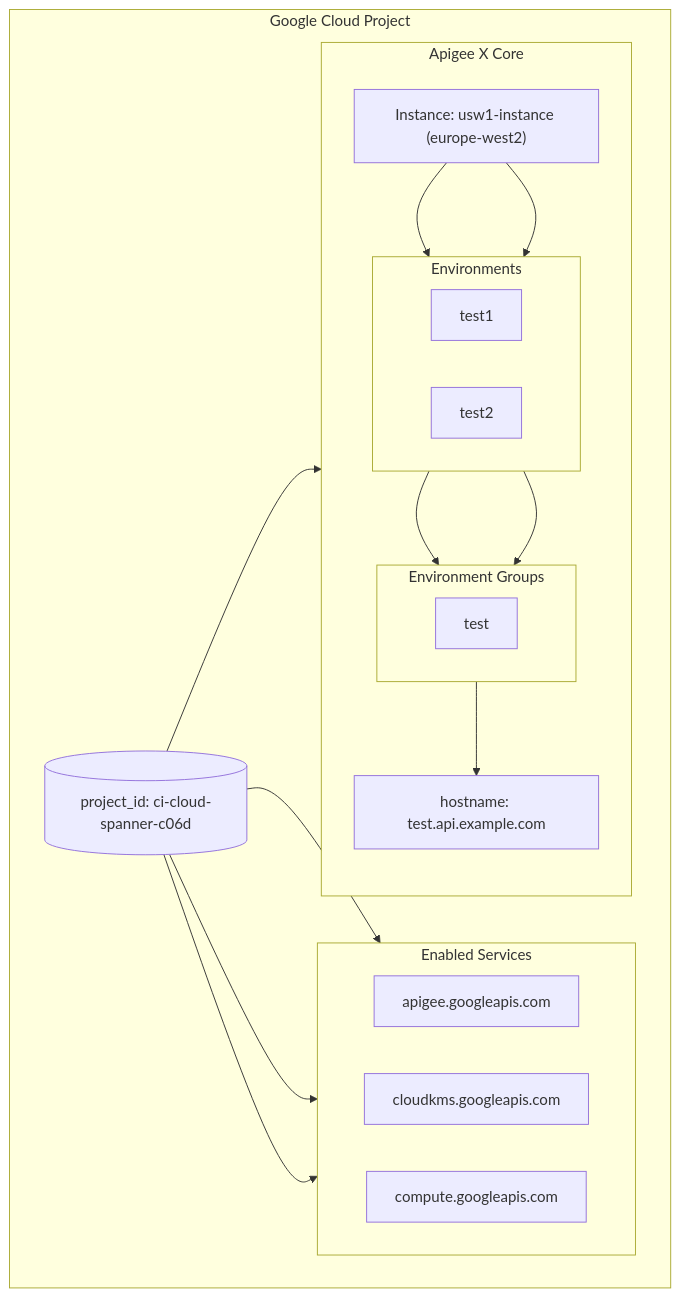
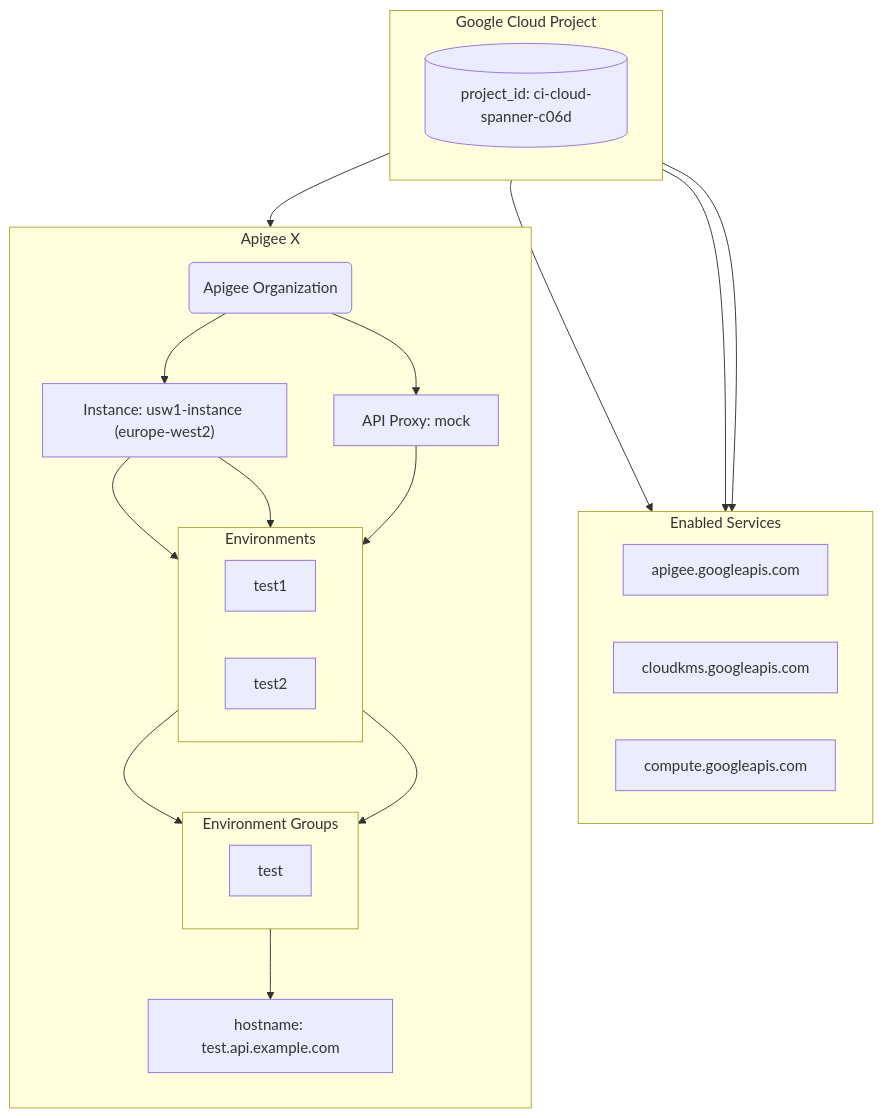
One commit to anaik91/apigee-networking-sme changed the diagram in 0_pre_run/README.md. Above: the diagram before and after it, drawn with Mermaid.

Commit message:
updated pre run readme

````diff
--- a/0_pre_run/README.md
+++ b/0_pre_run/README.md
@@ -47,37 +47,44 @@
 ```mermaid
 graph TD
     subgraph "Google Cloud Project"
         direction LR
         GCP_PROJECT[("project_id: ci-cloud-spanner-c06d")]
-        subgraph "Enabled Services"
+    end
+
+    subgraph "Enabled Services"
+        direction LR
+        SERVICE1[apigee.googleapis.com]
+        SERVICE2[cloudkms.googleapis.com]
+        SERVICE3[compute.googleapis.com]
+    end
+
+    subgraph "Apigee X"
+        direction TB
+        APIGEE_ORG("Apigee Organization")
+        APIGEE_INSTANCE["Instance: usw1-instance (europe-west2)"]
+        subgraph "Environments"
             direction LR
-            SERVICE1[apigee.googleapis.com]
-            SERVICE2[cloudkms.googleapis.com]
-            SERVICE3[compute.googleapis.com]
+            ENV1["test1"]
+            ENV2["test2"]
         end
-        subgraph "Apigee X Core"
-            direction TB
-            APIGEE_INSTANCE["Instance: usw1-instance (europe-west2)"]
-            subgraph "Environments"
-                direction LR
-                ENV1["test1"]
-                ENV2["test2"]
-            end
-            subgraph "Environment Groups"
-                direction LR
-                ENV_GROUP["test"]
-            end
-            HOSTNAME["hostname: test.api.example.com"]
+        subgraph "Environment Groups"
+            direction LR
+            ENV_GROUP["test"]
         end
+        HOSTNAME["hostname: test.api.example.com"]
+        API_PROXY["API Proxy: mock"]
     end
 
     GCP_PROJECT --> SERVICE1
     GCP_PROJECT --> SERVICE2
     GCP_PROJECT --> SERVICE3
-    GCP_PROJECT --> APIGEE_INSTANCE
+    GCP_PROJECT --> APIGEE_ORG
+    APIGEE_ORG --> APIGEE_INSTANCE
     APIGEE_INSTANCE --> ENV1
     APIGEE_INSTANCE --> ENV2
     ENV1 --> ENV_GROUP
     ENV2 --> ENV_GROUP
     ENV_GROUP --> HOSTNAME
+    APIGEE_ORG --> API_PROXY
+    API_PROXY --> ENV1
 ```
````
